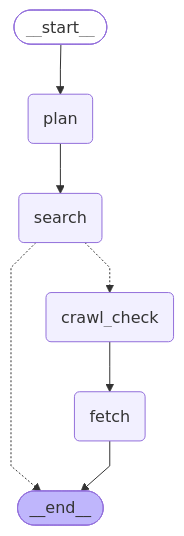
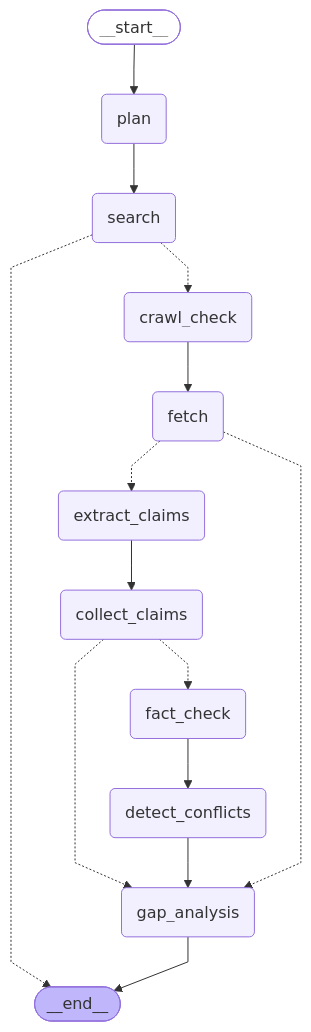
One commit to msmsriram/case-study-nov changed the diagram in backend/docs/workflow.mmd. Above: the diagram before and after it, drawn with Mermaid. The commit also changed 13 other files, not shown here.

First line of the commit message:
Claim extraction, independent fact checking, conflict detection, gap analysis

```diff
--- a/backend/docs/workflow.mmd
+++ b/backend/docs/workflow.mmd
@@ -1,21 +1,33 @@
 ---
 config:
   flowchart:
     curve: linear
 ---
 graph TD;
 	__start__([<p>__start__</p>]):::first
 	plan(plan)
 	search(search)
 	crawl_check(crawl_check)
 	fetch(fetch)
+	extract_claims(extract_claims)
+	collect_claims(collect_claims)
+	fact_check(fact_check)
+	detect_conflicts(detect_conflicts)
+	gap_analysis(gap_analysis)
 	__end__([<p>__end__</p>]):::last
 	__start__ --> plan;
+	collect_claims -.-> fact_check;
+	collect_claims -.-> gap_analysis;
 	crawl_check --> fetch;
+	detect_conflicts --> gap_analysis;
+	extract_claims --> collect_claims;
+	fact_check --> detect_conflicts;
+	fetch -.-> extract_claims;
+	fetch -.-> gap_analysis;
 	plan --> search;
 	search -.-> __end__;
 	search -.-> crawl_check;
-	fetch --> __end__;
+	gap_analysis --> __end__;
 	classDef default fill:#f2f0ff,line-height:1.2
 	classDef first fill-opacity:0
 	classDef last fill:#bfb6fc
```
